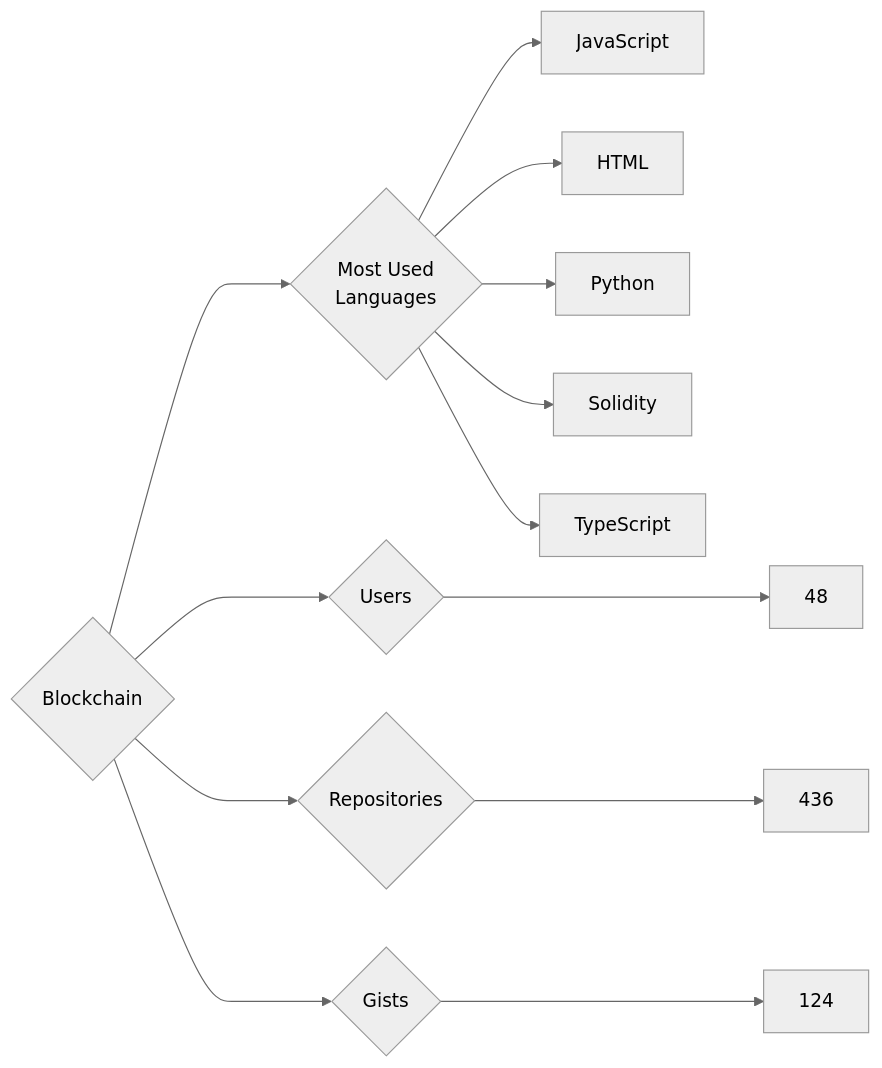
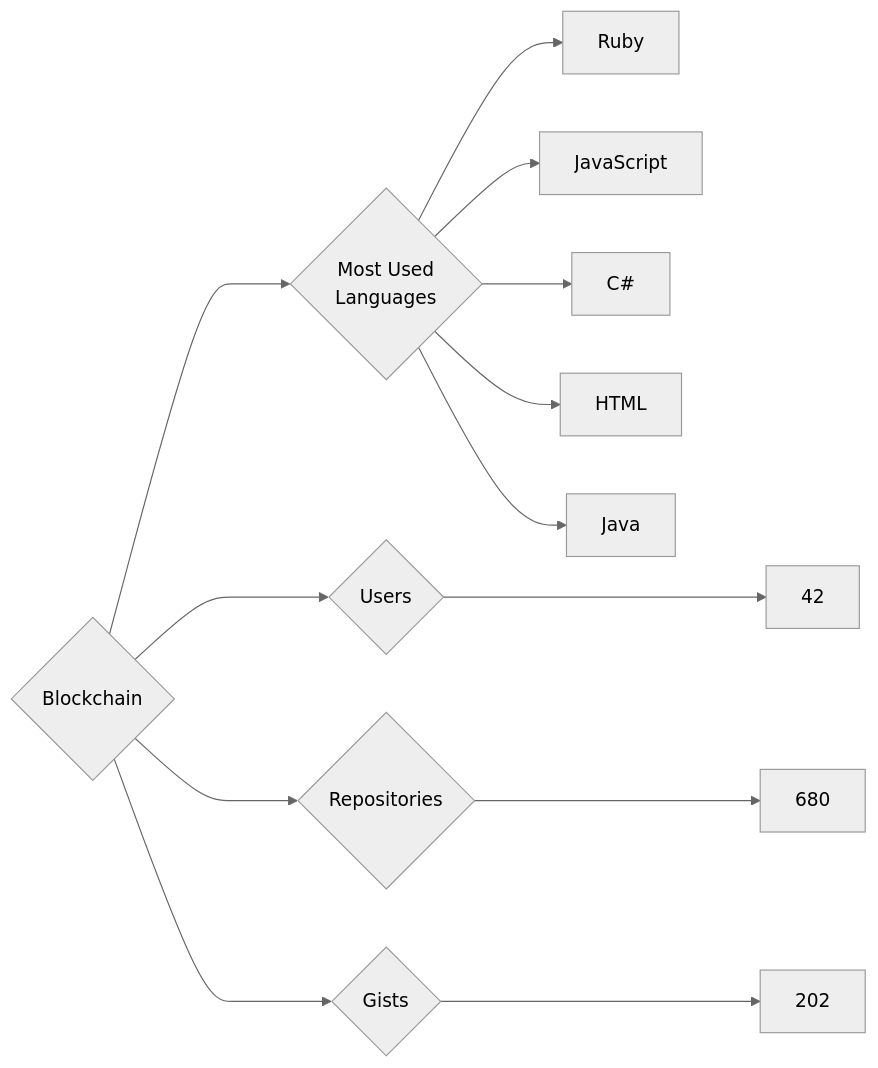
The diagram in targets/Blockchain/README.md (trickest/insiders), drawn with Mermaid (neutral theme) before and after one commit. The commit also changed 633 other files, not shown here.

````diff
--- a/targets/Blockchain/README.md
+++ b/targets/Blockchain/README.md
@@ -3,13 +3,13 @@
 ```mermaid
 graph LR
 COMPANY_NAME{Blockchain}
-COMPANY_NAME ---> U{Users} ---> UN[48]
-COMPANY_NAME ---> R{Repositories} ---> RN[436]
-COMPANY_NAME ---> G{Gists} ---> GN[124]
+COMPANY_NAME ---> U{Users} ---> UN[42]
+COMPANY_NAME ---> R{Repositories} ---> RN[680]
+COMPANY_NAME ---> G{Gists} ---> GN[202]
 COMPANY_NAME ---> ML{Most Used<br>Languages}
+ML --> Ruby[Ruby]
 ML --> JavaScript[JavaScript]
+ML --> C#[C#]
 ML --> HTML[HTML]
-ML --> Python[Python]
-ML --> Solidity[Solidity]
-ML --> TypeScript[TypeScript]
+ML --> Java[Java]
 ```
````
